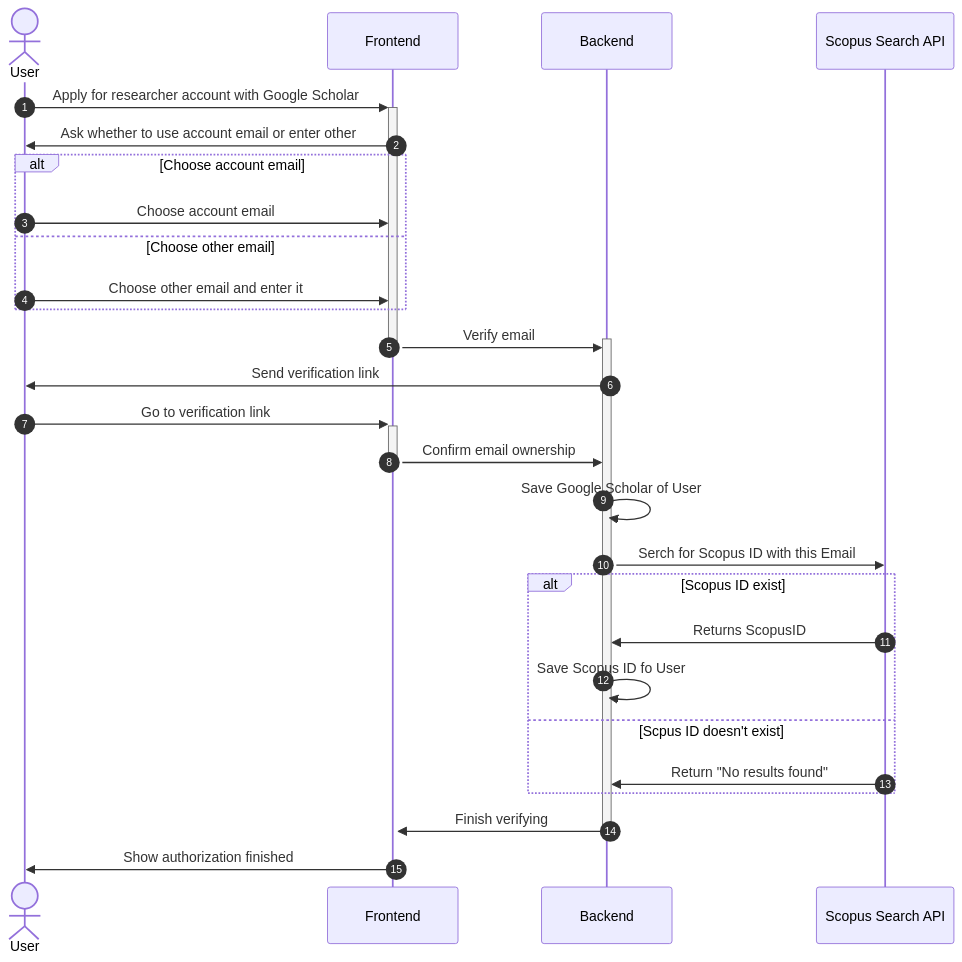
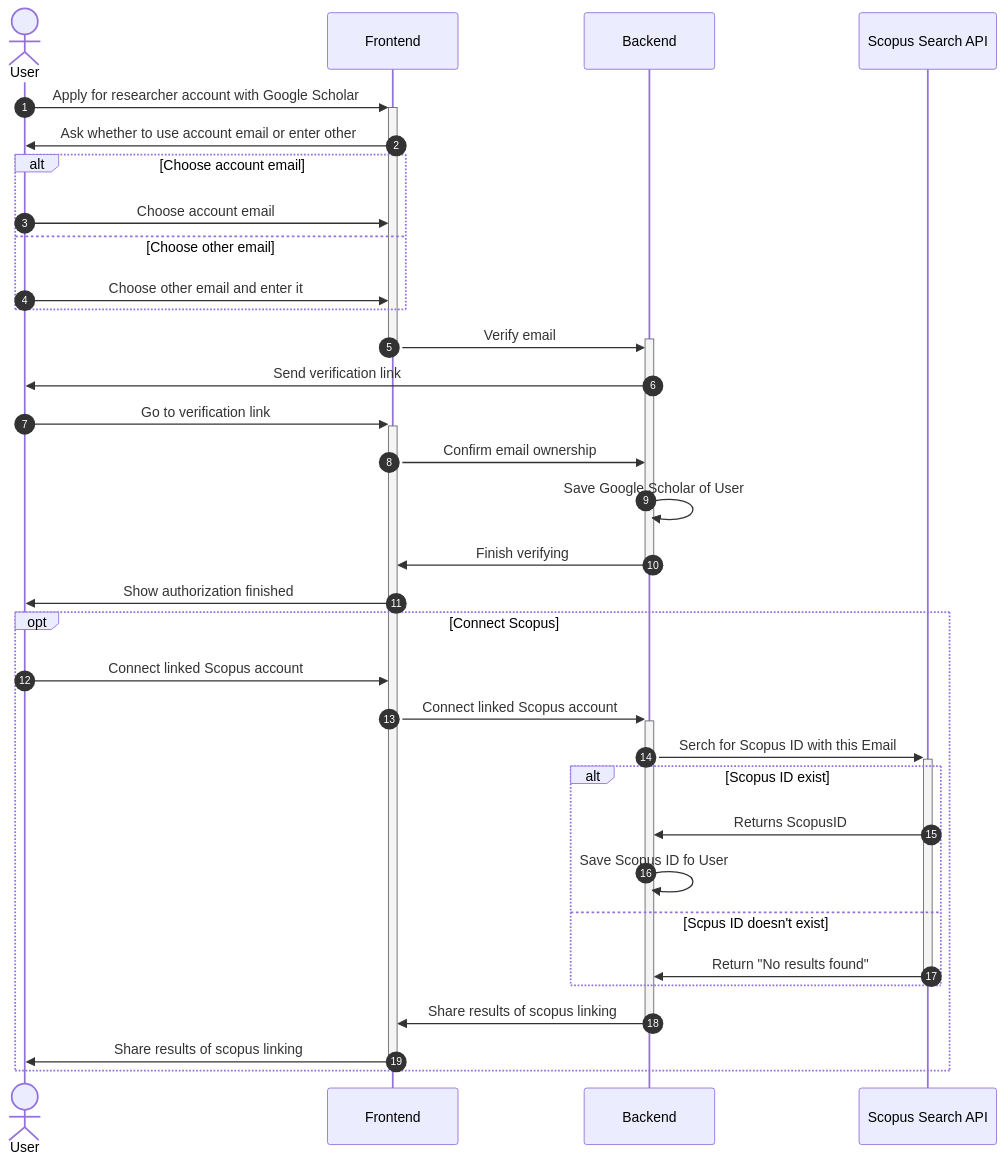
One commit to LenivyKrabik/KPI2 changed the diagram in Lab3/artifacts/02-update-account-satus-scholar.mmd. Above: the diagram before and after it, drawn with Mermaid. The commit also changed 1 other file, not shown here.

Commit message:
Made Scopus link optional

```diff
--- a/Lab3/artifacts/02-update-account-satus-scholar.mmd
+++ b/Lab3/artifacts/02-update-account-satus-scholar.mmd
@@ -1,36 +1,55 @@
 sequenceDiagram
     autonumber
     actor User
     participant Frontend
     participant Backend
     participant Scopus as Scopus Search API
 
     %%Google scollar way
     User->>+Frontend: Apply for researcher account with Google Scholar
     Frontend->>User: Ask whether to use account email or enter other
 
     alt Choose account email
         User->>Frontend: Choose account email
     else Choose other email
         User->>Frontend: Choose other email and enter it
     end
     Frontend->>+Backend: Verify email
     deactivate Frontend
     Backend->>User: Send verification link
     User->>+Frontend: Go to verification link
     Frontend->>Backend: Confirm email ownership
-    deactivate Frontend
     Backend->>Backend: Save Google Scholar of User
 
+    %% %%Scopus stuff
+    %% Backend->>Scopus: Serch for Scopus ID with this Email
+    %% alt Scopus ID exist
+    %%     Scopus->>Backend: Returns ScopusID
+    %%     Backend->>Backend: Save Scopus ID fo User
+    %% else Scpus ID doesn't exist
+    %%     Scopus->>Backend: Return "No results found"
+    %% end
+
+    %% Backend->>+Frontend: Finish verifying
+    %% deactivate Backend
+    %% Frontend->>User: Show authorization finished
+
     %%Scopus stuff
-    Backend->>Scopus: Serch for Scopus ID with this Email
-    alt Scopus ID exist
-        Scopus->>Backend: Returns ScopusID
-        Backend->>Backend: Save Scopus ID fo User
-    else Scpus ID doesn't exist
-        Scopus->>Backend: Return "No results found"
+
+    Backend->>-Frontend: Finish verifying
+    Frontend->>User: Show authorization finished
+    opt Connect Scopus
+        User->>Frontend: Connect linked Scopus account
+        Frontend->>+Backend: Connect linked Scopus account
+        Backend->>+Scopus: Serch for Scopus ID with this Email
+        alt Scopus ID exist
+            Scopus->>Backend: Returns ScopusID
+            Backend->>Backend: Save Scopus ID fo User
+        else Scpus ID doesn't exist
+            Scopus->>-Backend: Return "No results found"
+        end
+        Backend->>Frontend: Share results of scopus linking
+        deactivate Backend
+        Frontend->>User: Share results of scopus linking
+        deactivate Frontend
     end
-
-    Backend->>+Frontend: Finish verifying
-    deactivate Backend
-    Frontend->>User: Show authorization finished
```
